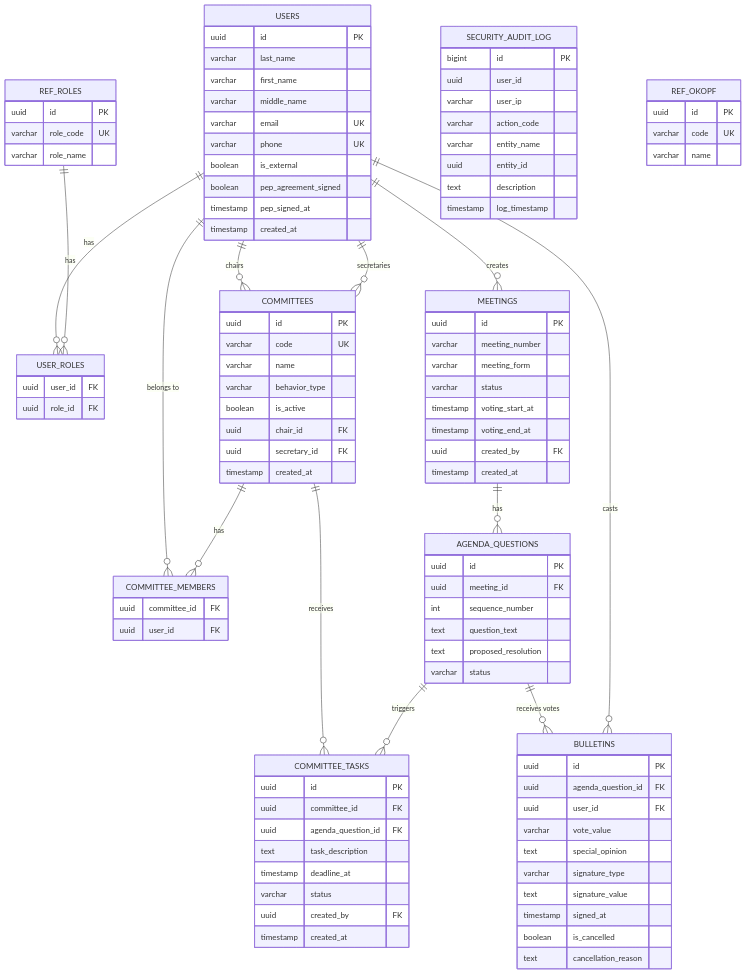
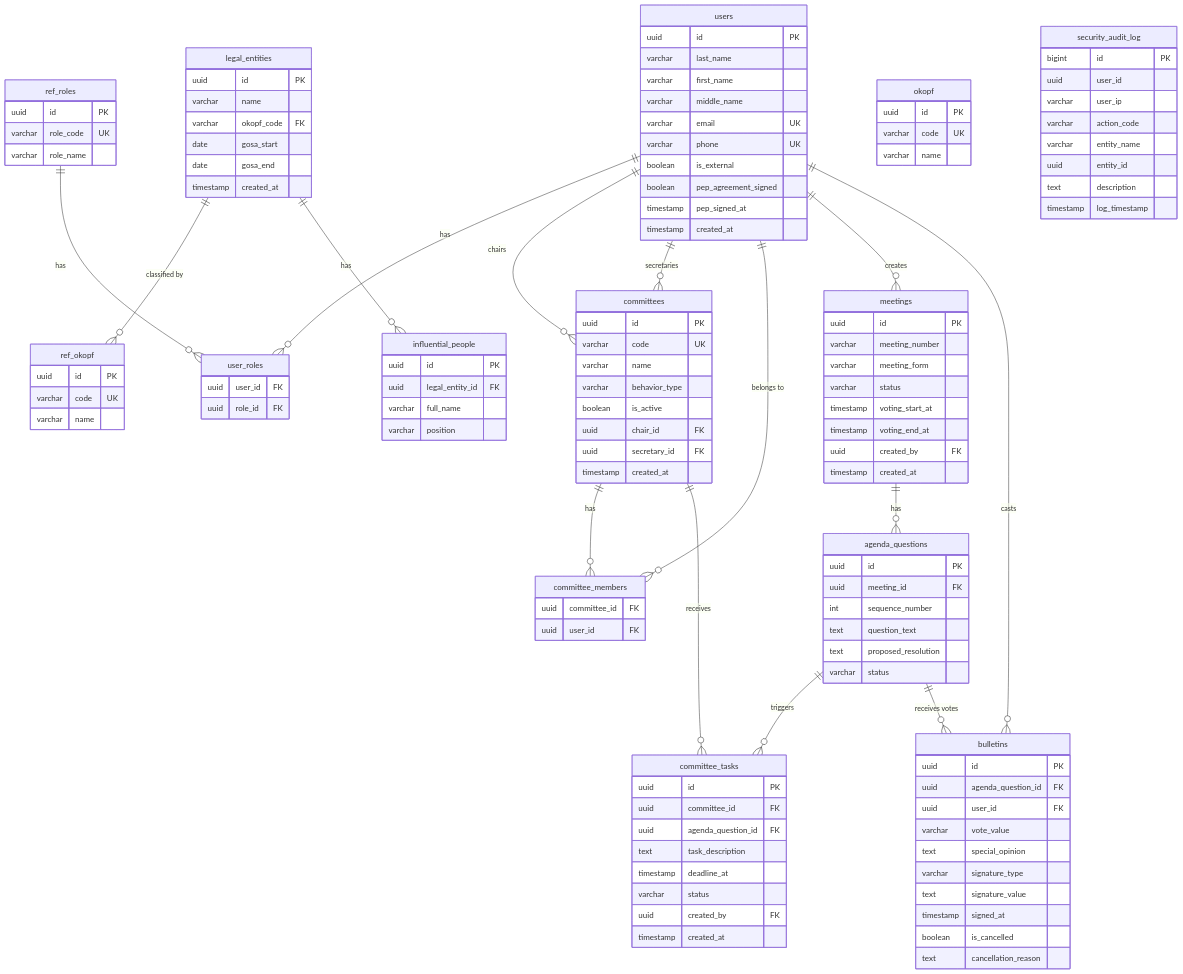
Before and after one commit to arsenyuk/SamorodinkaTech.Fiducia: the diagram in docs/database.md, drawn with Mermaid. The commit also changed other lines of this file and 6 other files, not shown here.

````diff
--- a/docs/database.md
+++ b/docs/database.md
@@ -13,6 +13,6 @@
 ```mermaid
 erDiagram
-    USERS {
+    users {
         uuid id PK
         varchar last_name
         varchar first_name
@@ -25,18 +25,39 @@
         timestamp created_at
     }
 
-    REF_ROLES {
+    ref_roles {
         uuid id PK
         varchar role_code UK
         varchar role_name
     }
 
-    USER_ROLES {
+    user_roles {
         uuid user_id FK
         uuid role_id FK
     }
 
-    COMMITTEES {
+    legal_entities {
+        uuid id PK
+        varchar name
+        varchar okopf_code FK
+        date gosa_start
+        date gosa_end
+        timestamp created_at
+    }
+
+    ref_okopf {
+        uuid id PK
+        varchar code UK
+        varchar name
+    }
+
+    okopf {
+        uuid id PK
+        varchar code UK
+        varchar name
+    }
+
+    committees {
         uuid id PK
         varchar code UK
         varchar name
@@ -47,12 +68,12 @@
         timestamp created_at
     }
 
-    COMMITTEE_MEMBERS {
+    committee_members {
         uuid committee_id FK
         uuid user_id FK
     }
 
-    MEETINGS {
+    meetings {
         uuid id PK
         varchar meeting_number
         varchar meeting_form
@@ -63,7 +84,7 @@
         timestamp created_at
     }
 
-    AGENDA_QUESTIONS {
+    agenda_questions {
         uuid id PK
         uuid meeting_id FK
         int sequence_number
@@ -72,7 +93,7 @@
         varchar status
     }
 
-    COMMITTEE_TASKS {
+    committee_tasks {
         uuid id PK
         uuid committee_id FK
         uuid agenda_question_id FK
@@ -83,7 +104,7 @@
         timestamp created_at
     }
 
-    BULLETINS {
+    bulletins {
         uuid id PK
         uuid agenda_question_id FK
         uuid user_id FK
@@ -96,7 +117,7 @@
         text cancellation_reason
     }
 
-    SECURITY_AUDIT_LOG {
+    security_audit_log {
         bigint id PK
         uuid user_id
         varchar user_ip
@@ -107,22 +128,25 @@
         timestamp log_timestamp
     }
 
-    USERS ||--o{ USER_ROLES : "has"
-    REF_ROLES ||--o{ USER_ROLES : "has"
-    USERS ||--o{ COMMITTEES : "chairs"
-    USERS ||--o{ COMMITTEES : "secretaries"
-    USERS ||--o{ COMMITTEE_MEMBERS : "belongs to"
-    COMMITTEES ||--o{ COMMITTEE_MEMBERS : "has"
-    USERS ||--o{ MEETINGS : "creates"
-    MEETINGS ||--o{ AGENDA_QUESTIONS : "has"
-    COMMITTEES ||--o{ COMMITTEE_TASKS : "receives"
-    AGENDA_QUESTIONS ||--o{ COMMITTEE_TASKS : "triggers"
-    AGENDA_QUESTIONS ||--o{ BULLETINS : "receives votes"
-    USERS ||--o{ BULLETINS : "casts"
+    influential_people {
+        uuid id PK
+        uuid legal_entity_id FK
+        varchar full_name
+        varchar position
+    }
 
-    REF_OKOPF {
-        uuid id PK
-        varchar code UK
-        varchar name
-    }
+    users ||--o{ user_roles : has
+    ref_roles ||--o{ user_roles : has
+    users ||--o{ committees : chairs
+    users ||--o{ committees : secretaries
+    users ||--o{ committee_members : "belongs to"
+    committees ||--o{ committee_members : has
+    users ||--o{ meetings : creates
+    meetings ||--o{ agenda_questions : has
+    committees ||--o{ committee_tasks : receives
+    agenda_questions ||--o{ committee_tasks : triggers
+    agenda_questions ||--o{ bulletins : "receives votes"
+    users ||--o{ bulletins : casts
+    legal_entities ||--o{ ref_okopf : "classified by"
+    legal_entities ||--o{ influential_people : has
 ```
````
